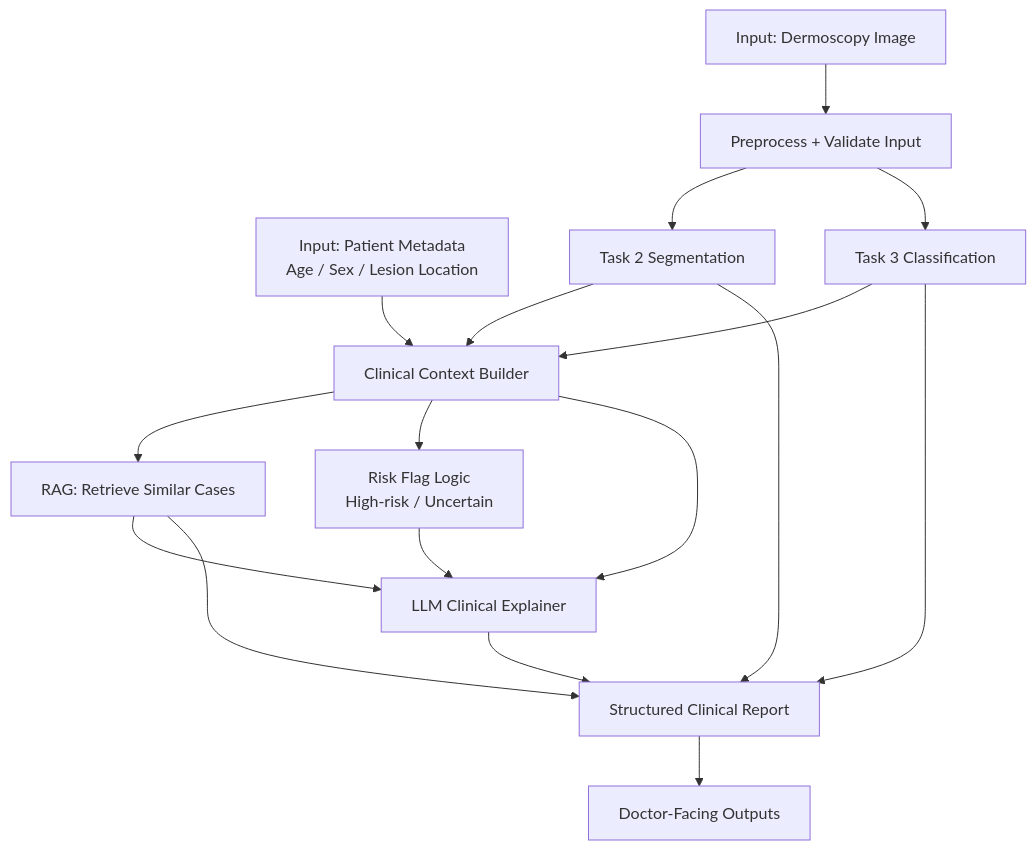
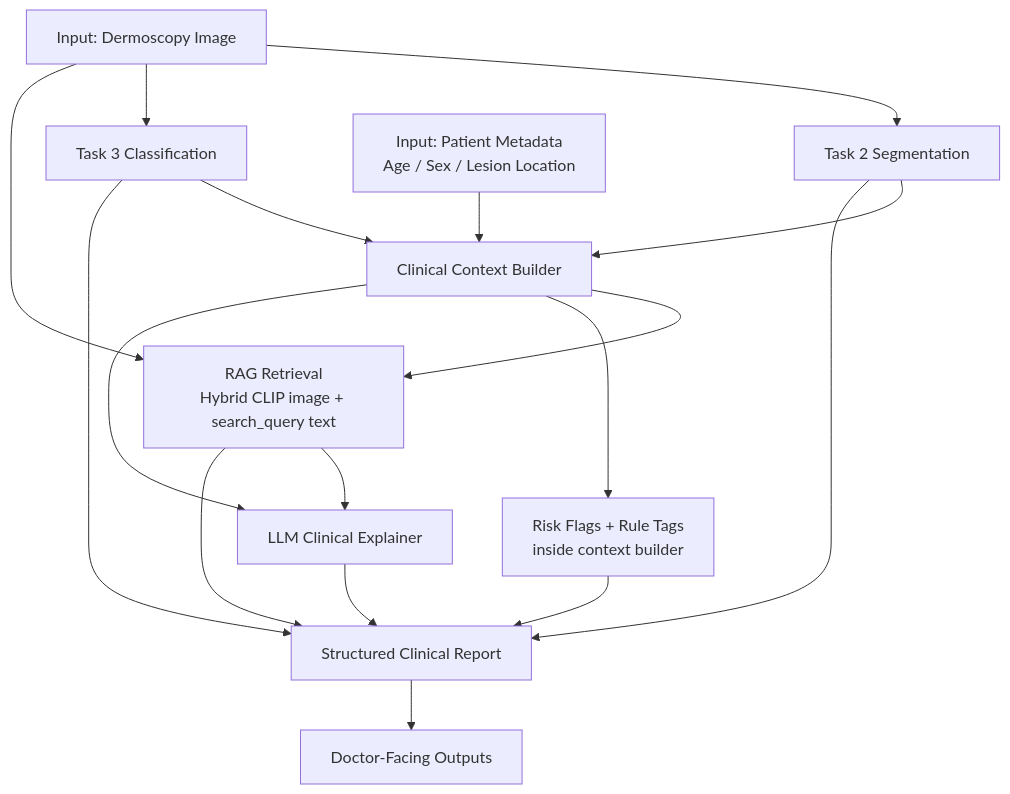
Before and after one commit to nhatky160103/Dermai-clinical-assistant-demo: the second of 2 diagrams in README.md, drawn with Mermaid. The commit also changed other lines of this file and 1 other file, not shown here.

Commit message:
refactor: Update system architecture diagrams for clarity and accuracy

````diff
--- a/README.md
+++ b/README.md
@@ -175,19 +178,19 @@
 ```mermaid
 flowchart TD
-    A[Input: Dermoscopy Image] --> C[Preprocess + Validate Input]
-    B[Input: Patient Metadata<br/>Age / Sex / Lesion Location] --> D[Clinical Context Builder]
-    C --> E[Task 2 Segmentation]
-    C --> F[Task 3 Classification]
-    E --> D
-    F --> D
-    D --> G[RAG: Retrieve Similar Cases]
-    D --> H[Risk Flag Logic<br/>High-risk / Uncertain]
-    G --> I[LLM Clinical Explainer]
-    D --> I
+    A[Input: Dermoscopy Image] --> B[Task 2 Segmentation]
+    A --> C[Task 3 Classification]
+    D[Input: Patient Metadata<br/>Age / Sex / Lesion Location] --> E[Clinical Context Builder]
+    B --> E
+    C --> E
+    A --> F[RAG Retrieval<br/>Hybrid CLIP image + search_query text]
+    E --> F
+    E --> G[Risk Flags + Rule Tags<br/>inside context builder]
+    E --> H[LLM Clinical Explainer]
+    F --> H
+    B --> I[Structured Clinical Report]
+    C --> I
+    F --> I
     H --> I
-    I --> J[Structured Clinical Report]
-    E --> J
-    F --> J
-    G --> J
-    J --> K[Doctor-Facing Outputs]
+    G --> I
+    I --> J[Doctor-Facing Outputs]
 ```
````
